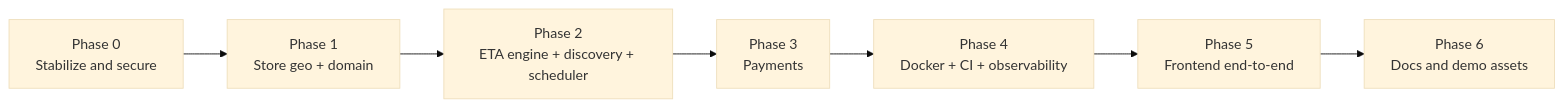
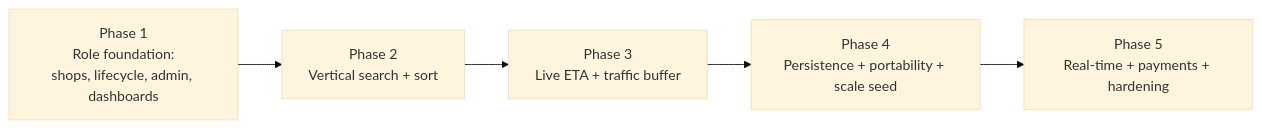
One commit to ManoharEldhandi/OnTheWay changed the tenth of 10 diagrams in ARCHITECTURE.md. Above: the diagram before and after it, drawn with Mermaid (base theme). The commit also changed other lines of this file and 1 other file, not shown here.

First line of the commit message:
docs: re-plan as role-separated product (architecture v2 + new to-do)

````diff
--- a/ARCHITECTURE.md
+++ b/ARCHITECTURE.md
@@ -308,9 +333,7 @@
 ```mermaid
 graph LR
-    P0[Phase 0<br/>Stabilize and secure] --> P1[Phase 1<br/>Store geo + domain]
-    P1 --> P2[Phase 2<br/>ETA engine + discovery + scheduler]
-    P2 --> P3[Phase 3<br/>Payments]
-    P3 --> P4[Phase 4<br/>Docker + CI + observability]
-    P4 --> P5[Phase 5<br/>Frontend end-to-end]
-    P5 --> P6[Phase 6<br/>Docs and demo assets]
+    P1[Phase 1<br/>Role foundation:<br/>shops, lifecycle, admin, dashboards] --> P2[Phase 2<br/>Vertical search + sort]
+    P2 --> P3[Phase 3<br/>Live ETA + traffic buffer]
+    P3 --> P4[Phase 4<br/>Persistence + portability + scale seed]
+    P4 --> P5[Phase 5<br/>Real-time + payments + hardening]
 ```
````
